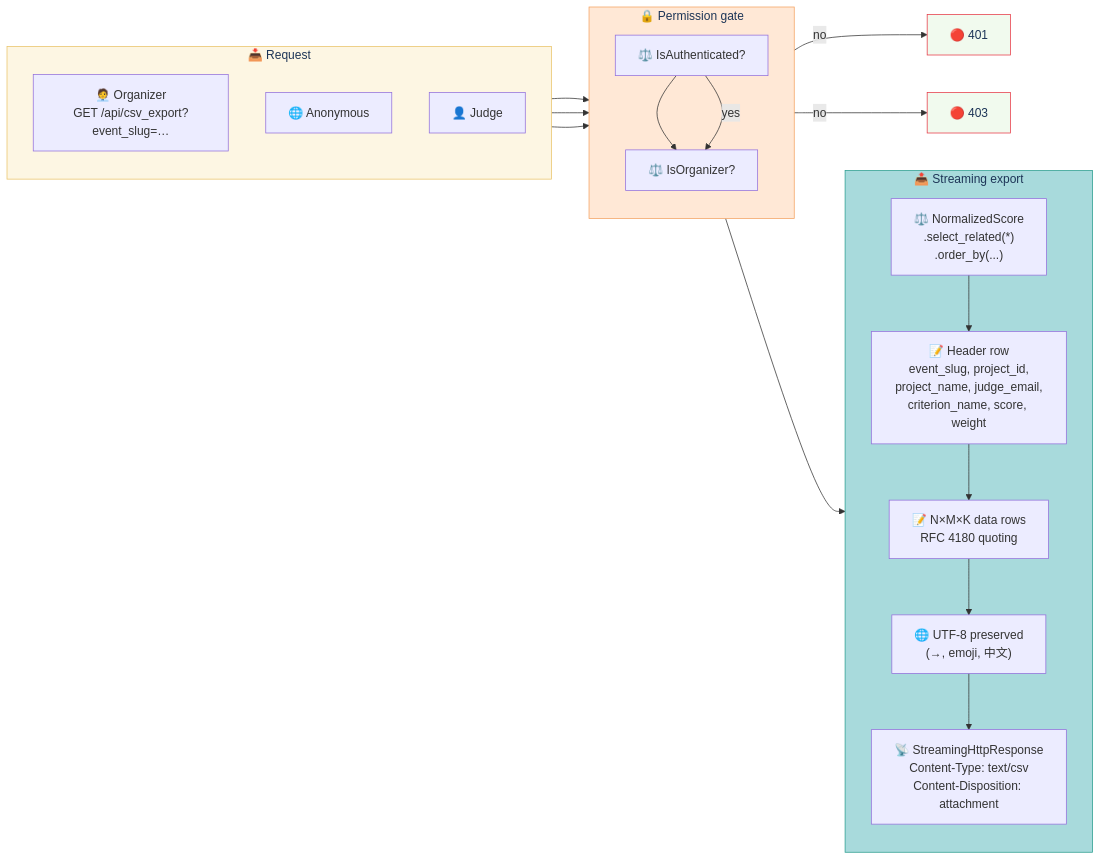
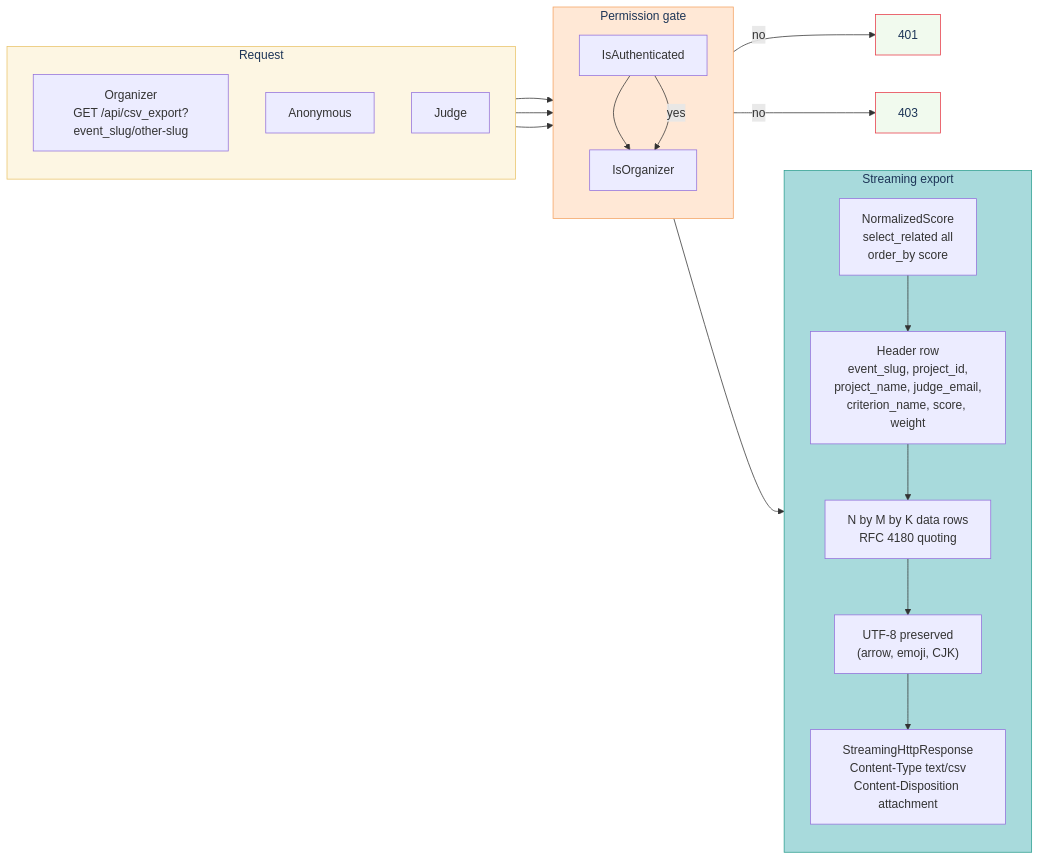
Before and after one commit to choksi2212/dogfood-hackathon: the diagram in docs/TESTING-CSV.md, drawn with Mermaid. The commit also changed 20 other files, not shown here.

First line of the commit message:
Fix mermaid parse errors across 21 docs

````diff
--- a/docs/TESTING-CSV.md
+++ b/docs/TESTING-CSV.md
@@ -14,38 +14,38 @@
 ```mermaid
 flowchart LR
-    subgraph REQ["📥 Request"]
+    subgraph REQ["Request"]
         direction TB
-        ORG["🧑‍💼 Organizer<br/>GET /api/csv_export?event_slug=…"]
-        ANON["🌐 Anonymous"]
-        JUDGE["👤 Judge"]
+        ORG["Organizer<br/>GET /api/csv_export?event_slug/other-slug"]
+        ANON["Anonymous"]
+        JUDGE["Judge"]
     end
 
-    subgraph GATE["🔒 Permission gate"]
+    subgraph GATE["Permission gate"]
         direction TB
-        AUTH["⚖️ IsAuthenticated?"]
-        ORG2["⚖️ IsOrganizer?"]
+        AUTH["IsAuthenticated"]
+        ORG2["IsOrganizer"]
     end
 
-    subgraph STREAM["📤 Streaming export"]
+    subgraph STREAM["Streaming export"]
         direction TB
-        Q["⚖️ NormalizedScore<br/>.select_related(*)<br/>.order_by(...)"]
-        HDR["📝 Header row<br/>event_slug, project_id,<br/>project_name, judge_email,<br/>criterion_name, score, weight"]
-        ROW["📝 N×M×K data rows<br/>RFC 4180 quoting"]
-        UTF["🌐 UTF-8 preserved<br/>(→, emoji, 中文)"]
-        RESP["📡 StreamingHttpResponse<br/>Content-Type: text/csv<br/>Content-Disposition: attachment"]
+        Q["NormalizedScore<br/>select_related all<br/>order_by score"]
+        HDR["Header row<br/>event_slug, project_id,<br/>project_name, judge_email,<br/>criterion_name, score, weight"]
+        ROW["N by M by K data rows<br/>RFC 4180 quoting"]
+        UTF["UTF-8 preserved<br/>(arrow, emoji, CJK)"]
+        RESP["StreamingHttpResponse<br/>Content-Type text/csv<br/>Content-Disposition attachment"]
     end
 
     ORG --> AUTH --> ORG2 --> Q
     Q --> HDR --> ROW --> UTF --> RESP
     ANON --> AUTH
-    AUTH -->|no| R401["🔴 401"]
+    AUTH -->|no| R401["401"]
     JUDGE --> AUTH
     AUTH -->|yes| ORG2
-    ORG2 -->|no| R403["🔴 403"]
+    ORG2 -->|no| R403["403"]
 
     style REQ fill:#FDF6E3,stroke:#E9C46A,color:#1D3557
     style GATE fill:#FFE8D6,stroke:#F4A261,color:#1D3557
     style STREAM fill:#A8DADC,stroke:#2A9D8F,color:#1D3557
     style R401 fill:#F1FAEE,stroke:#E63946,color:#1D3557
     style R403 fill:#F1FAEE,stroke:#E63946,color:#1D3557
 ```
````
